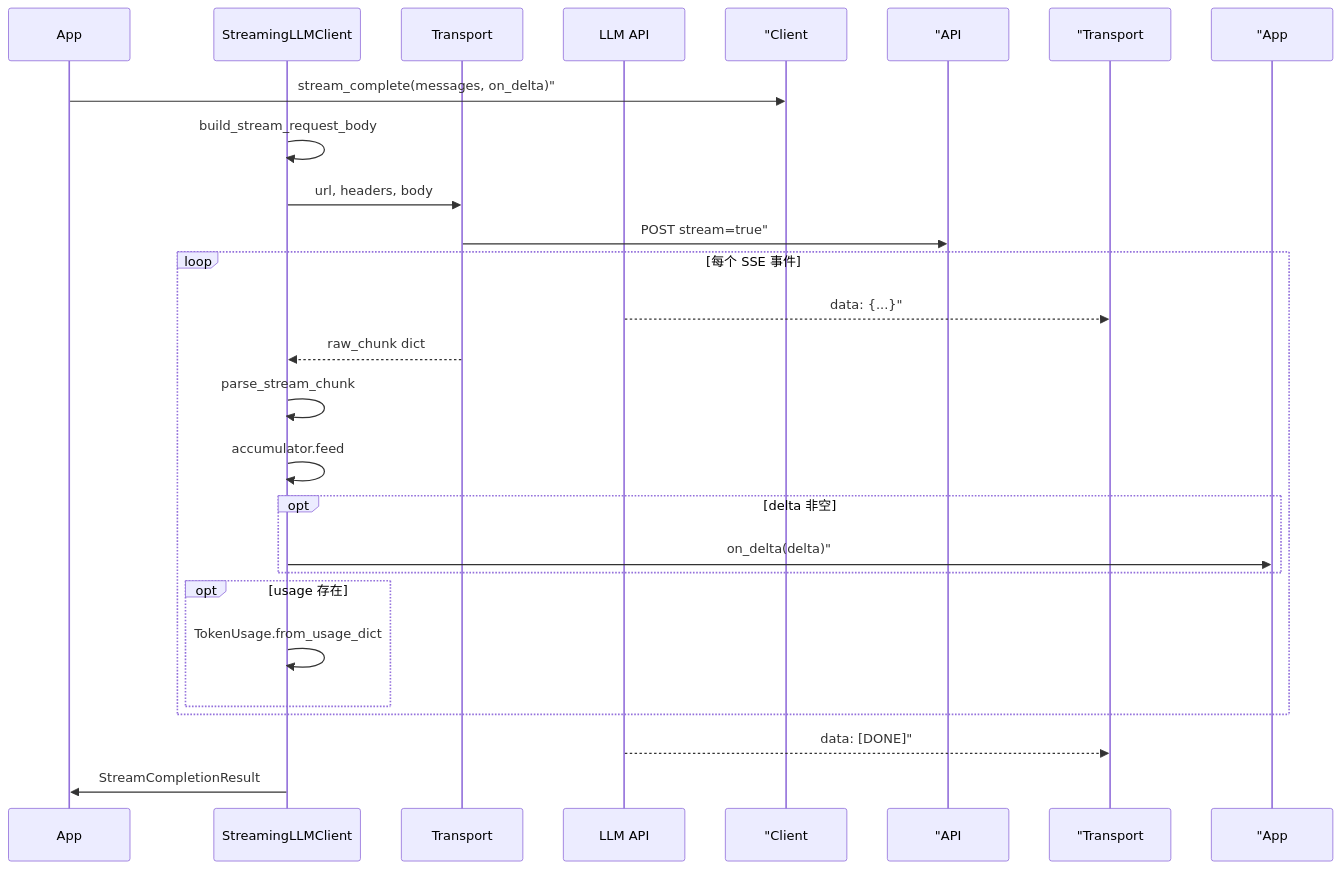
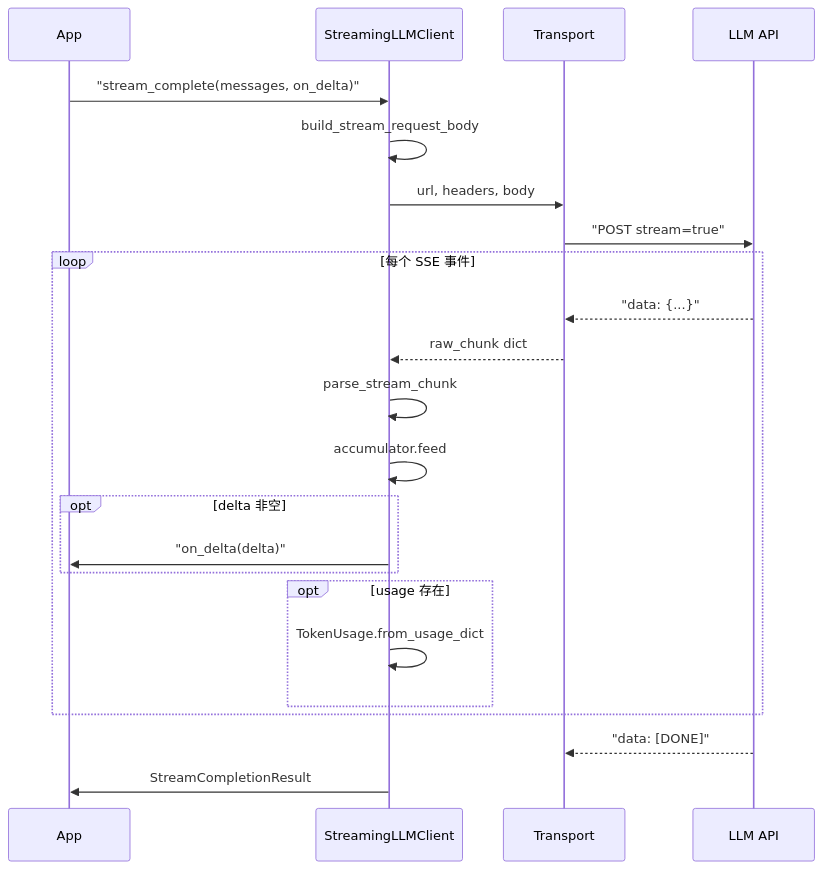
One commit to ab6539763/70_days_course_plus changed the second of 2 diagrams in course/day16/03_架构设计.md. Above: the diagram before and after it, drawn with Mermaid. The commit also changed 80 other files, not shown here.

First line of the commit message:
fix(course): 修复 Mermaid 图表渲染报错 + 同步嵌入代码快照

````diff
--- a/course/day16/03_架构设计.md
+++ b/course/day16/03_架构设计.md
@@ -54,26 +54,26 @@
 ```mermaid
 sequenceDiagram
     participant App
     participant Client as StreamingLLMClient
     participant Transport
     participant API as LLM API
 
-    App->> "Client: stream_complete(messages, on_delta)"
+    App->>Client: "stream_complete(messages, on_delta)"
     Client->>Client: build_stream_request_body
     Client->>Transport: url, headers, body
-    Transport->> "API: POST stream=true"
+    Transport->>API: "POST stream=true"
     loop 每个 SSE 事件
-        API-->> "Transport: data: {...}"
+        API-->>Transport: "data: {...}"
         Transport-->>Client: raw_chunk dict
         Client->>Client: parse_stream_chunk
         Client->>Client: accumulator.feed
         opt delta 非空
-            Client->> "App: on_delta(delta)"
+            Client->>App: "on_delta(delta)"
         end
         opt usage 存在
             Client->>Client: TokenUsage.from_usage_dict
         end
     end
-    API-->> "Transport: data: [DONE]"
+    API-->>Transport: "data: [DONE]"
     Client->>App: StreamCompletionResult
 ```
````
